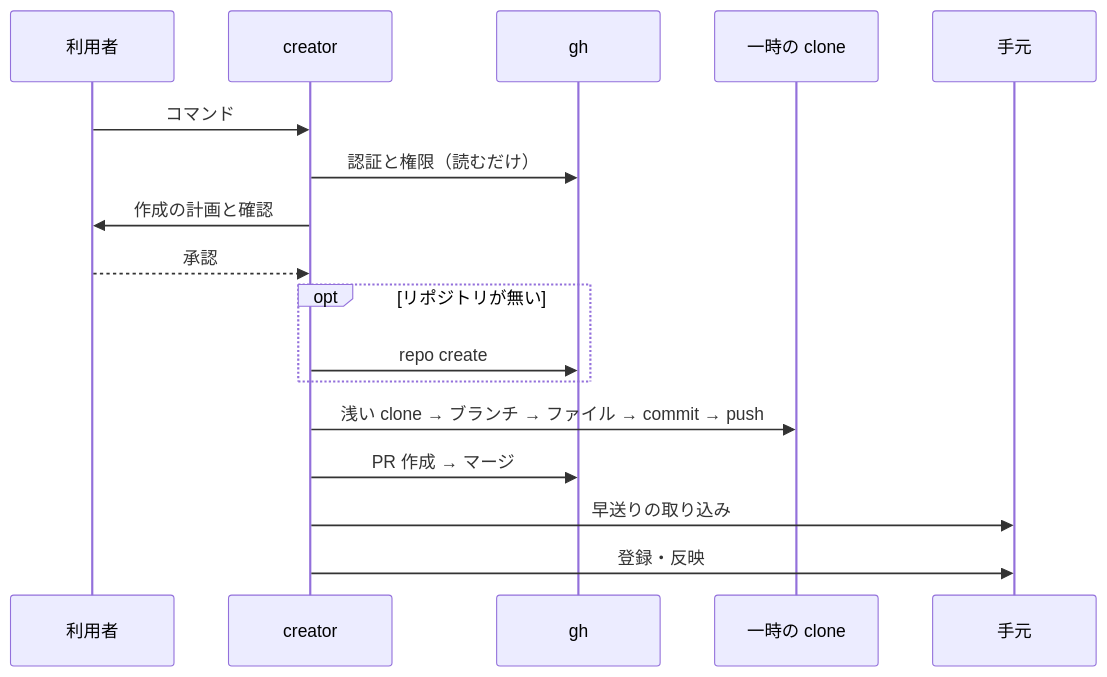
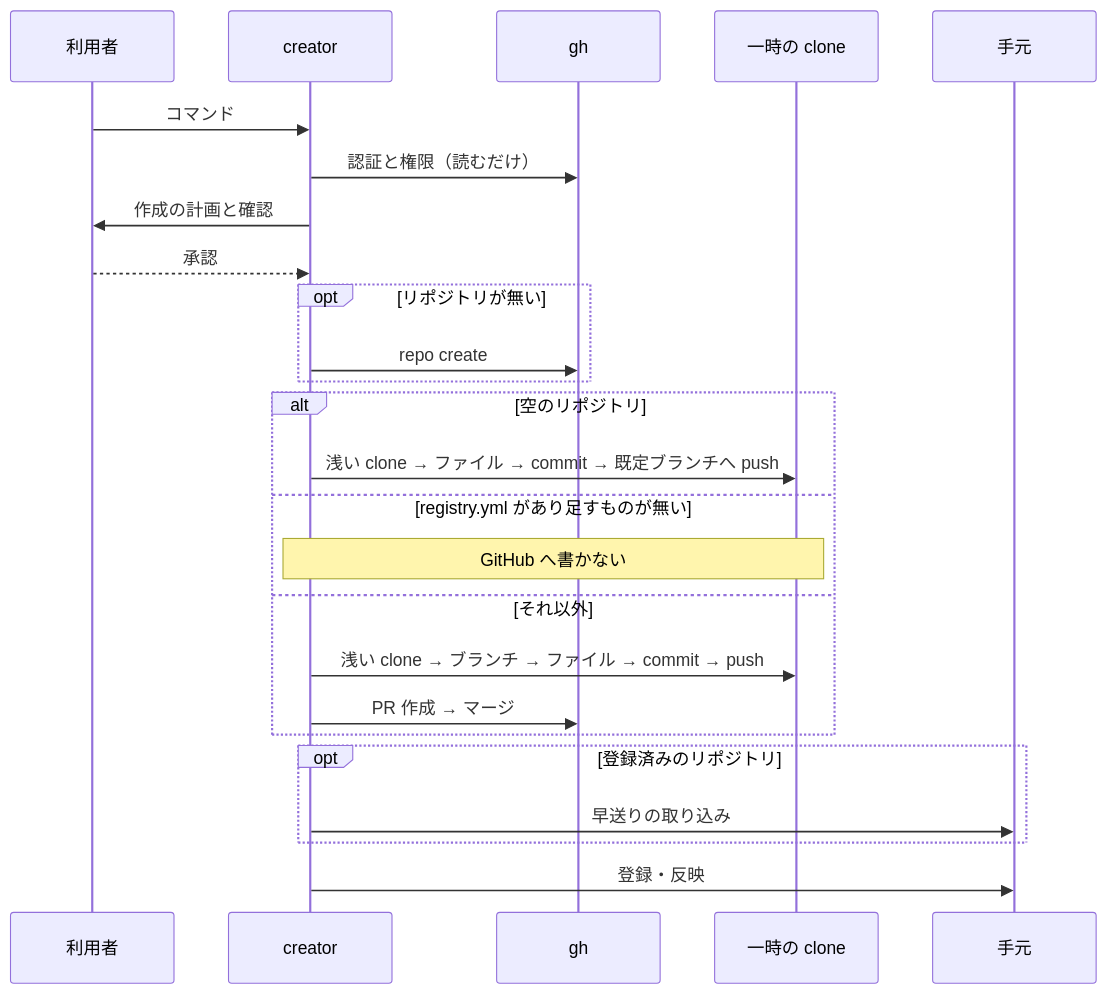
Before and after one commit to devbasex/devbase: the second of 2 diagrams in issues/issue-514-design.md, drawn with Mermaid. The commit also changed other lines of this file and 2 other files, not shown here.

````diff
--- a/issues/issue-514-design.md
+++ b/issues/issue-514-design.md
@@ -194,19 +218,27 @@
 ```mermaid
 sequenceDiagram
     participant U as 利用者
     participant C as creator
     participant G as gh
     participant T as 一時の clone
     participant L as 手元
     U->>C: コマンド
     C->>G: 認証と権限（読むだけ）
     C->>U: 作成の計画と確認
     U-->>C: 承認
     opt リポジトリが無い
         C->>G: repo create
     end
-    C->>T: 浅い clone → ブランチ → ファイル → commit → push
-    C->>G: PR 作成 → マージ
-    C->>L: 早送りの取り込み
+    alt 空のリポジトリ
+        C->>T: 浅い clone → ファイル → commit → 既定ブランチへ push
+    else registry.yml があり足すものが無い
+        Note over C,T: GitHub へ書かない
+    else それ以外
+        C->>T: 浅い clone → ブランチ → ファイル → commit → push
+        C->>G: PR 作成 → マージ
+    end
+    opt 登録済みのリポジトリ
+        C->>L: 早送りの取り込み
+    end
     C->>L: 登録・反映
 ```
````
